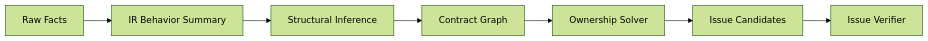
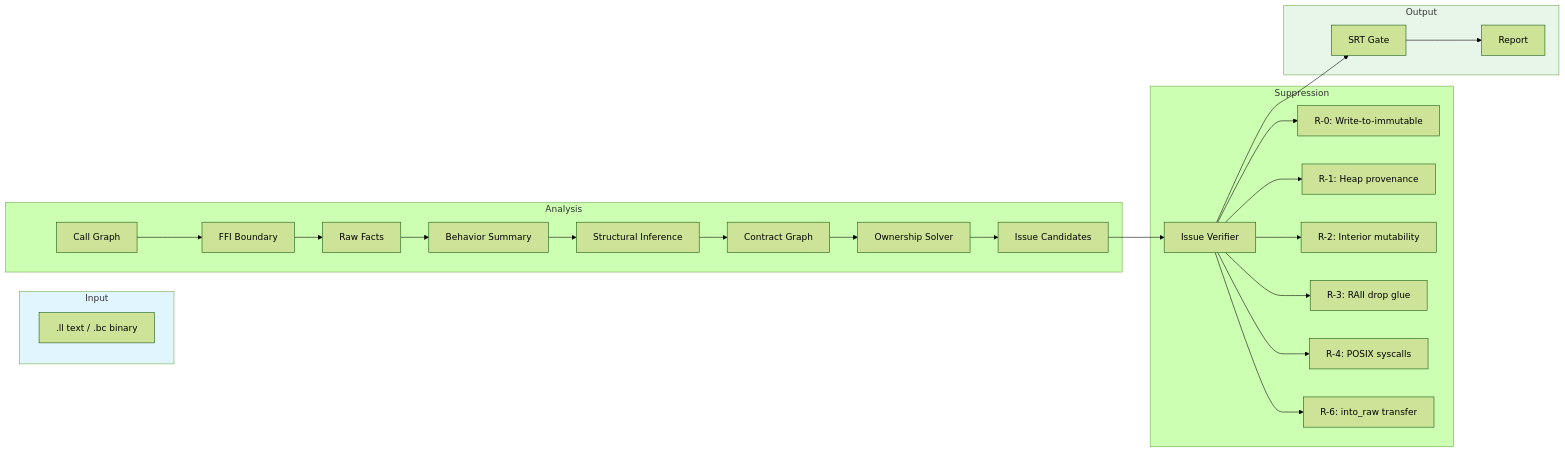
The second of 2 diagrams in README.md (Timwood0x10/OmniScope-rs), drawn with Mermaid (forest theme) before and after one commit. The commit also changed other lines of this file and 2 other files, not shown here.

````diff
--- a/README.md
+++ b/README.md
@@ -51,9 +38,34 @@
 ```mermaid
 flowchart LR
-    A["Raw Facts"] --> B["IR Behavior Summary"]
-    B --> C["Structural Inference"]
-    C --> D["Contract Graph"]
-    D --> E["Ownership Solver"]
-    E --> F["Issue Candidates"]
-    F --> G["Issue Verifier"]
+    subgraph Input
+        IR[".ll text / .bc binary"]
+    end
+
+    subgraph Analysis
+        CG["Call Graph"] --> FFI["FFI Boundary"]
+        FFI --> RF["Raw Facts"]
+        RF --> BS["Behavior Summary"]
+        BS --> SI["Structural Inference"]
+        SI --> CG2["Contract Graph"]
+        CG2 --> OS["Ownership Solver"]
+        OS --> IC["Issue Candidates"]
+    end
+
+    subgraph Suppression
+        IC --> IV["Issue Verifier"]
+        IV --> R0["R-0: Write-to-immutable"]
+        IV --> R1["R-1: Heap provenance"]
+        IV --> R2["R-2: Interior mutability"]
+        IV --> R3["R-3: RAII drop glue"]
+        IV --> R4["R-4: POSIX syscalls"]
+        IV --> R6["R-6: into_raw transfer"]
+    end
+
+    subgraph Output
+        IV --> SRT["SRT Gate"]
+        SRT --> RPT["Report"]
+    end
+
+    style Input fill:#e1f5fe
+    style Output fill:#e8f5e9
 ```
````
